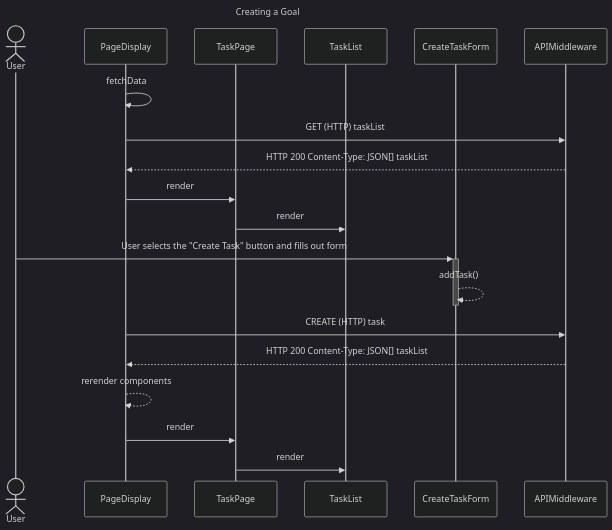
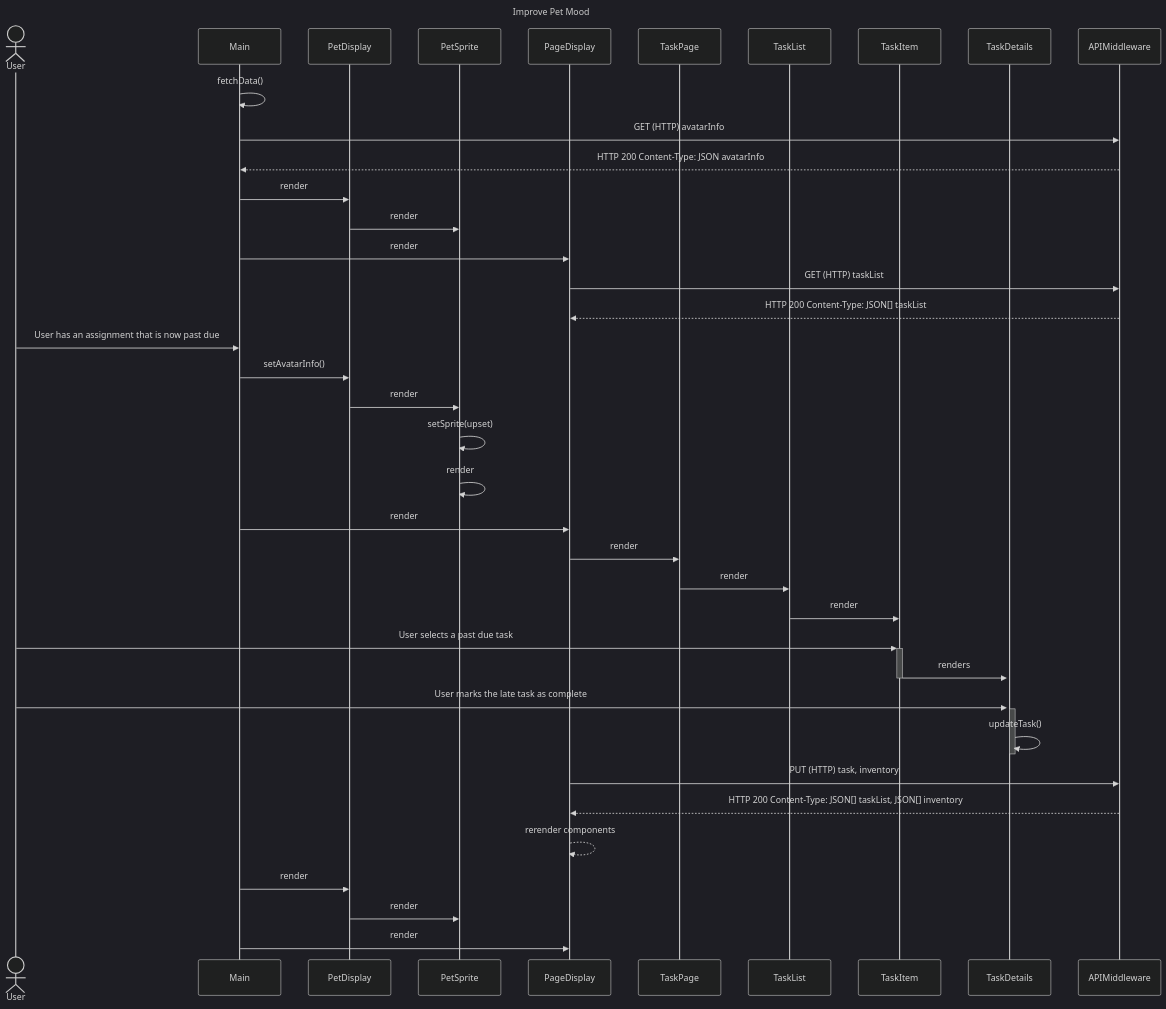
The seventh of 7 diagrams in documentation/docs/system-architecture/sequence-diagrams.md (Capstone-Projects-2023-Spring/project-virtual-pet), drawn with Mermaid (dark theme) before and after one commit. The commit also changed other lines of this file and 1 other file, not shown here.

````diff
--- a/documentation/docs/system-architecture/sequence-diagrams.md
+++ b/documentation/docs/system-architecture/sequence-diagrams.md
@@ -349,24 +313,51 @@
 ```mermaid
 sequenceDiagram
-title Creating a Goal
+title Improve Pet Mood
     actor u as User
+    participant Main
+    participant PetDisplay
+    participant PetSprite
     participant PageDisplay
     participant TaskPage
     participant TaskList
-    participant CreateTaskForm
+    participant TaskItem
+    participant TaskDetails
+    participant APIMiddleware
+    Main ->> Main: fetchData()
+    Main ->> APIMiddleware: GET (HTTP) avatarInfo
+    APIMiddleware -->> Main: HTTP 200 Content-Type: JSON avatarInfo
+    Main ->> PetDisplay: render
+    PetDisplay ->> PetSprite: render
+    Main ->> PageDisplay: render
+
     
-    participant APIMiddleware
-    PageDisplay ->> PageDisplay: fetchData
     PageDisplay ->> APIMiddleware: GET (HTTP) taskList
     APIMiddleware -->> PageDisplay: HTTP 200 Content-Type: JSON[] taskList
+
+    u ->> Main: User has an assignment that is now past due
+    Main ->> PetDisplay: setAvatarInfo()
+    PetDisplay ->> PetSprite: render
+    PetSprite ->> PetSprite: setSprite(upset)
+    PetSprite ->> PetSprite: render
+    Main ->> PageDisplay: render
     PageDisplay ->> TaskPage: render
     TaskPage ->> TaskList: render
-    u ->>+ CreateTaskForm: User selects the "Create Task" button and fills out form
-    CreateTaskForm -->> CreateTaskForm: addTask()
-    deactivate CreateTaskForm
-    PageDisplay ->> APIMiddleware: CREATE (HTTP) task
-    APIMiddleware -->> PageDisplay: HTTP 200 Content-Type: JSON[] taskList
+    TaskList ->> TaskItem: render
+    u ->>+ TaskItem: User selects a past due task 
+    TaskItem ->>+ TaskDetails: renders
+    deactivate TaskItem
+    u ->>+ TaskDetails: User marks the late task as complete
+    TaskDetails ->> TaskDetails: updateTask()  
+    deactivate TaskDetails
+
+
+
+    PageDisplay->>APIMiddleware: PUT (HTTP) task, inventory
+    APIMiddleware-->>PageDisplay: HTTP 200 Content-Type: JSON[] taskList, JSON[] inventory
     PageDisplay -->> PageDisplay: rerender components
-    PageDisplay ->> TaskPage: render
-    TaskPage ->> TaskList: render
+    Main ->> PetDisplay: render
+    PetDisplay ->> PetSprite: render
+
+    Main ->> PageDisplay: render
+    
 ```
````
